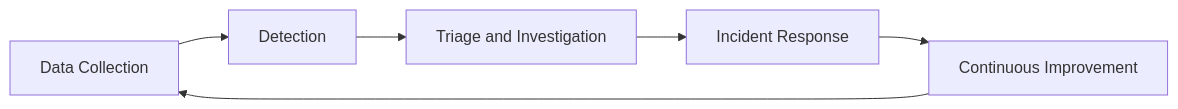
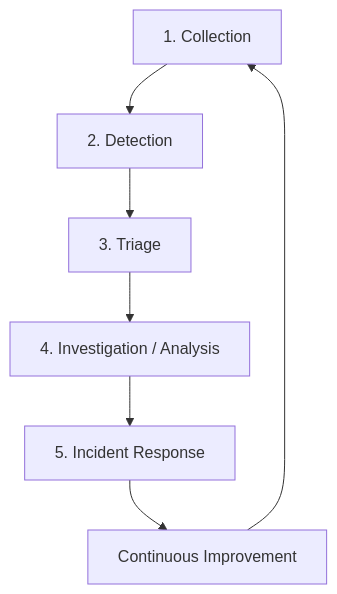
One commit to ammaryasser28/SEC450 changed the sixth of 8 diagrams in 450.1 - Blue Team Tools and Operation /SOC Overview.md. Above: the diagram before and after it, drawn with Mermaid. The commit also changed other lines of this file, not shown here.

````diff
--- a/450.1 - Blue Team Tools and Operation /SOC Overview.md
+++ b/450.1 - Blue Team Tools and Operation /SOC Overview.md
@@ -306,8 +235,9 @@
 ```mermaid
-flowchart LR
-    A[Data Collection] --> B[Detection]
-    B --> C[Triage and Investigation]
-    C --> D[Incident Response]
-    D --> E[Continuous Improvement]
-    E --> A
+flowchart TD
+    A[1. Collection] --> B[2. Detection]
+    B --> C[3. Triage]
+    C --> D[4. Investigation / Analysis]
+    D --> E[5. Incident Response]
+    E --> F[Continuous Improvement]
+    F --> A
 ```
````
